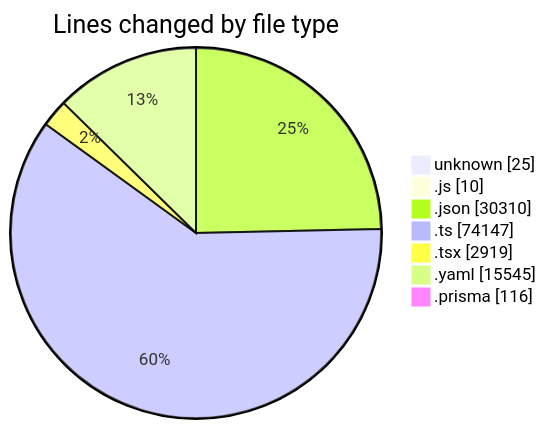
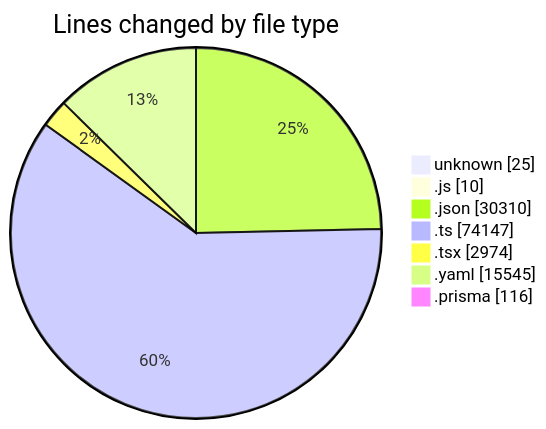
One commit to CELIANVF/code-tracking changed the first of 2 diagrams in 2025-05-02/ecodeli/README.md. Above: the diagram before and after it, drawn with Mermaid. The commit also changed other lines of this file and 1 other file, not shown here.

````diff
--- a/2025-05-02/ecodeli/README.md
+++ b/2025-05-02/ecodeli/README.md
@@ -63,11 +64,11 @@
 ```mermaid
 pie showData
 title Lines changed by file type
 "unknown" : 25
 ".js" : 10
 ".json" : 30310
 ".ts" : 74147
-".tsx" : 2919
+".tsx" : 2974
 ".yaml" : 15545
 ".prisma" : 116
 ```
````
